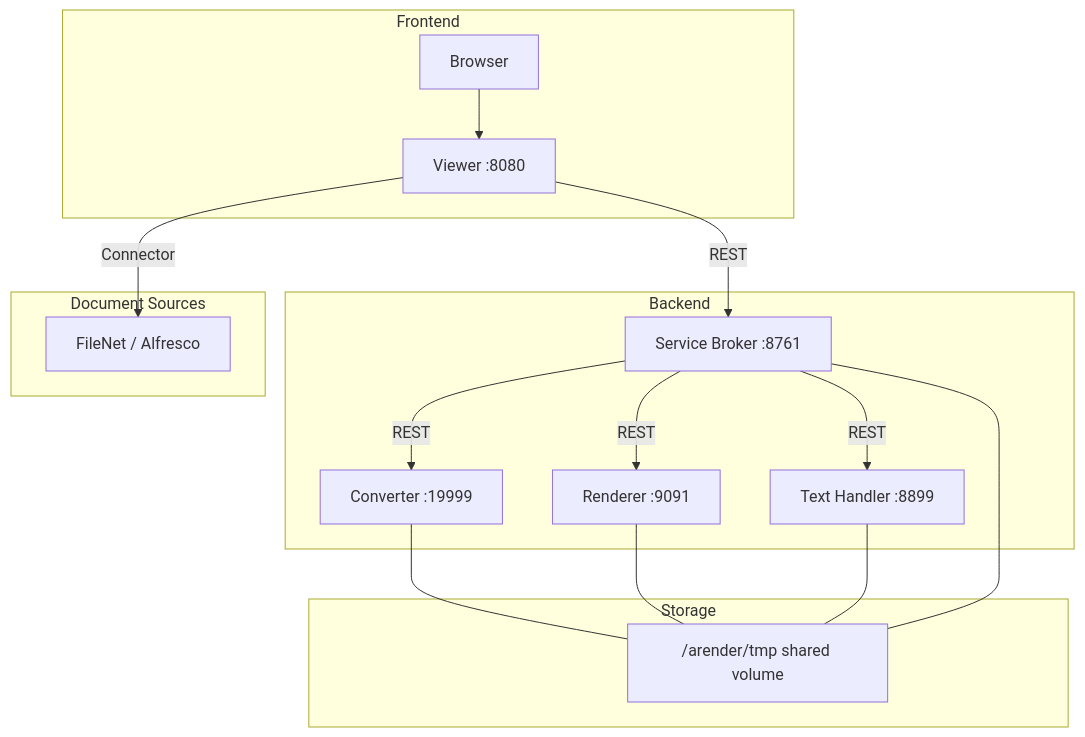
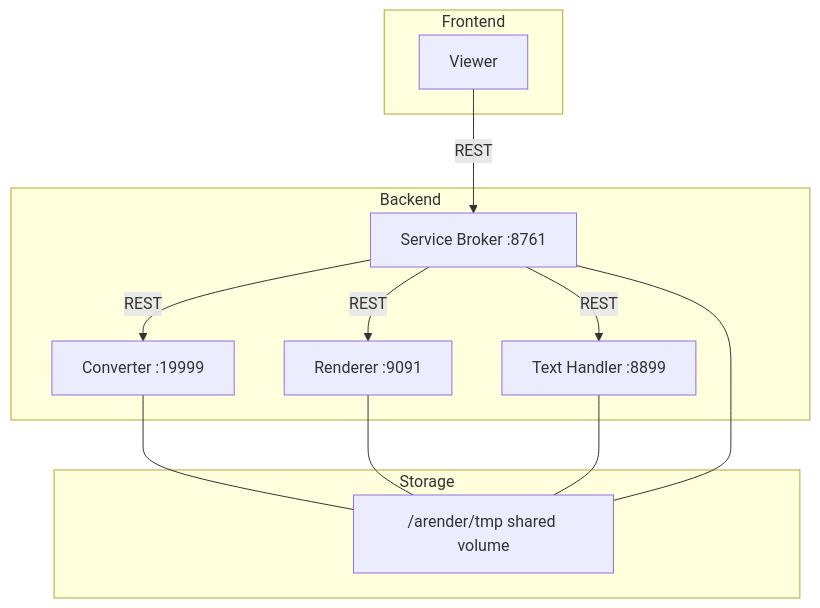
Before and after one commit to Uxopian/uxodocs: the first of 3 diagrams in docs/arender/overview/architecture.md, drawn with Mermaid. The commit also changed other lines of this file and 62 other files, not shown here.

````diff
--- a/docs/arender/overview/architecture.md
+++ b/docs/arender/overview/architecture.md
@@ -17,21 +17,18 @@
 ```mermaid
 graph TB
     subgraph Frontend
-        B[Browser] --> V[Viewer :8080]
+        C[Viewer]
     end
     subgraph Backend
-        V -->|REST| SB[Service Broker :8761]
+        C -->|REST| SB[Service Broker :8761]
         SB -->|REST| DC[Converter :19999]
         SB -->|REST| DR[Renderer :9091]
         SB -->|REST| DT[Text Handler :8899]
     end
     subgraph Storage
         DC --- TMP["/arender/tmp shared volume"]
         DR --- TMP
         DT --- TMP
         SB --- TMP
     end
-    subgraph "Document Sources"
-        V -->|Connector| ECM[FileNet / Alfresco]
-    end
 ```
````
